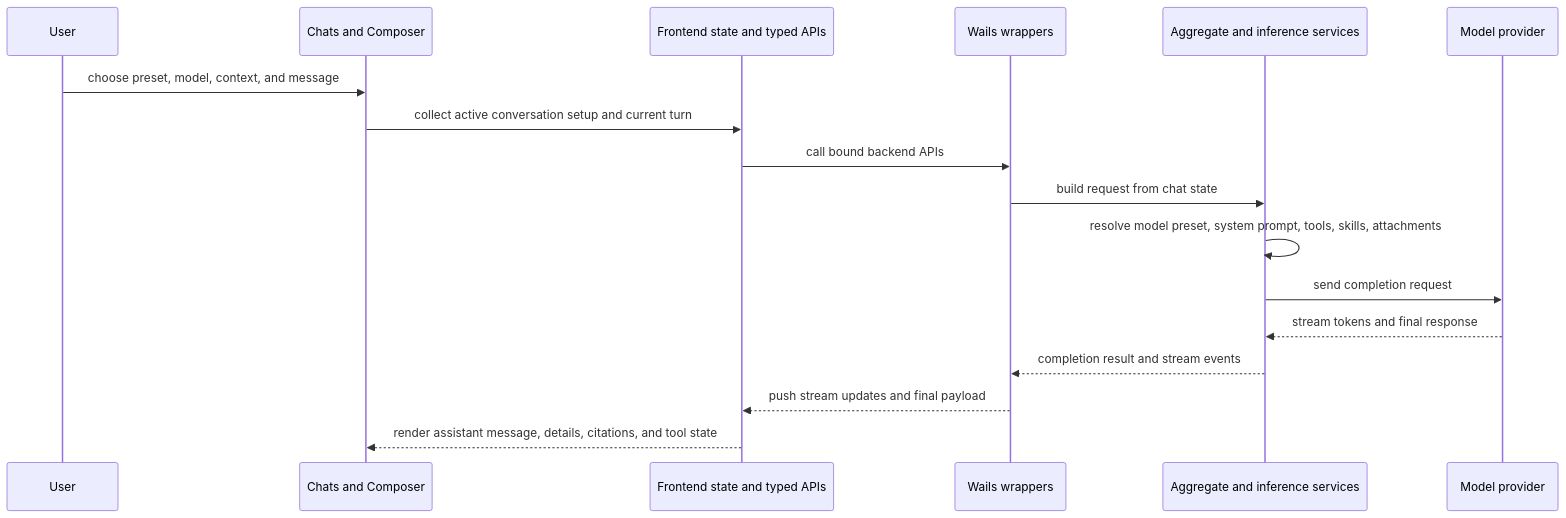
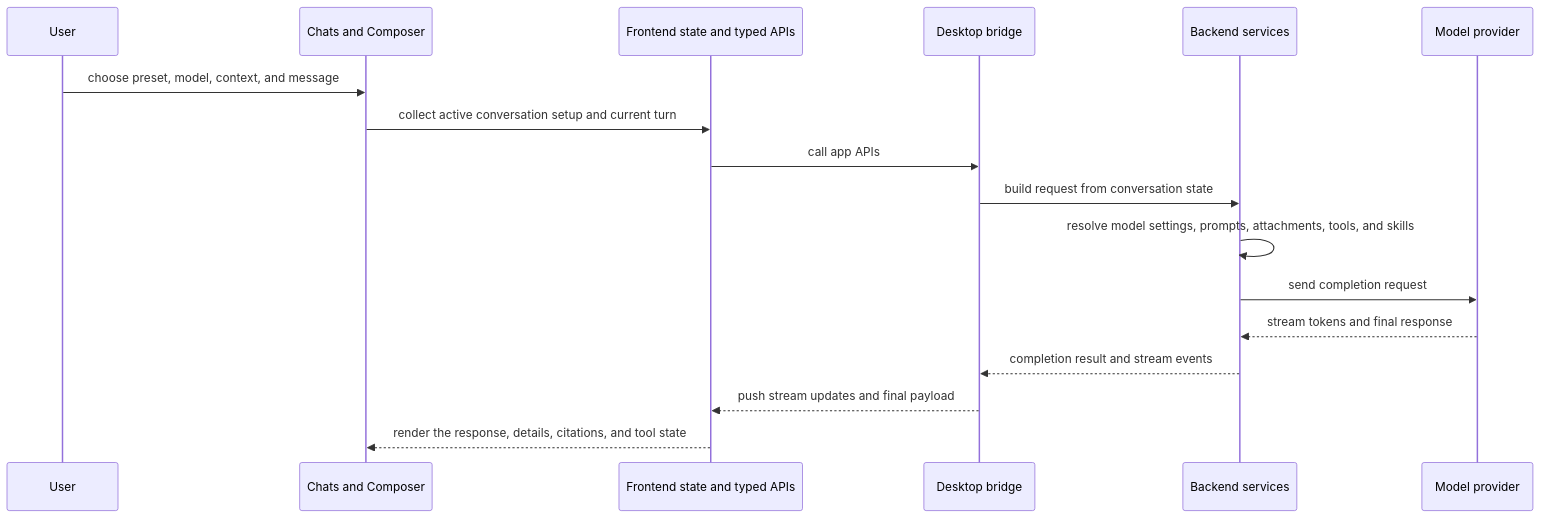
The second of 2 diagrams in frontend/app/docs/content/11-architecture-overview.md (flexigpt/flexigpt-app), drawn with Mermaid before and after one commit. The commit also changed other lines of this file and 15 other files, not shown here.

````diff
--- a/frontend/app/docs/content/11-architecture-overview.md
+++ b/frontend/app/docs/content/11-architecture-overview.md
@@ -96,20 +96,20 @@
 ```mermaid
 sequenceDiagram
     participant User
     participant Chats as Chats and Composer
     participant Frontend as Frontend state and typed APIs
-    participant Bridge as Wails wrappers
-    participant Backend as Aggregate and inference services
+    participant Bridge as Desktop bridge
+    participant Backend as Backend services
     participant Provider as Model provider
 
     User->>Chats: choose preset, model, context, and message
     Chats->>Frontend: collect active conversation setup and current turn
-    Frontend->>Bridge: call bound backend APIs
-    Bridge->>Backend: build request from chat state
-    Backend->>Backend: resolve model preset, system prompt, tools, skills, attachments
+    Frontend->>Bridge: call app APIs
+    Bridge->>Backend: build request from conversation state
+    Backend->>Backend: resolve model settings, prompts, attachments, tools, and skills
     Backend->>Provider: send completion request
     Provider-->>Backend: stream tokens and final response
     Backend-->>Bridge: completion result and stream events
     Bridge-->>Frontend: push stream updates and final payload
-    Frontend-->>Chats: render assistant message, details, citations, and tool state
+    Frontend-->>Chats: render the response, details, citations, and tool state
 ```
````
